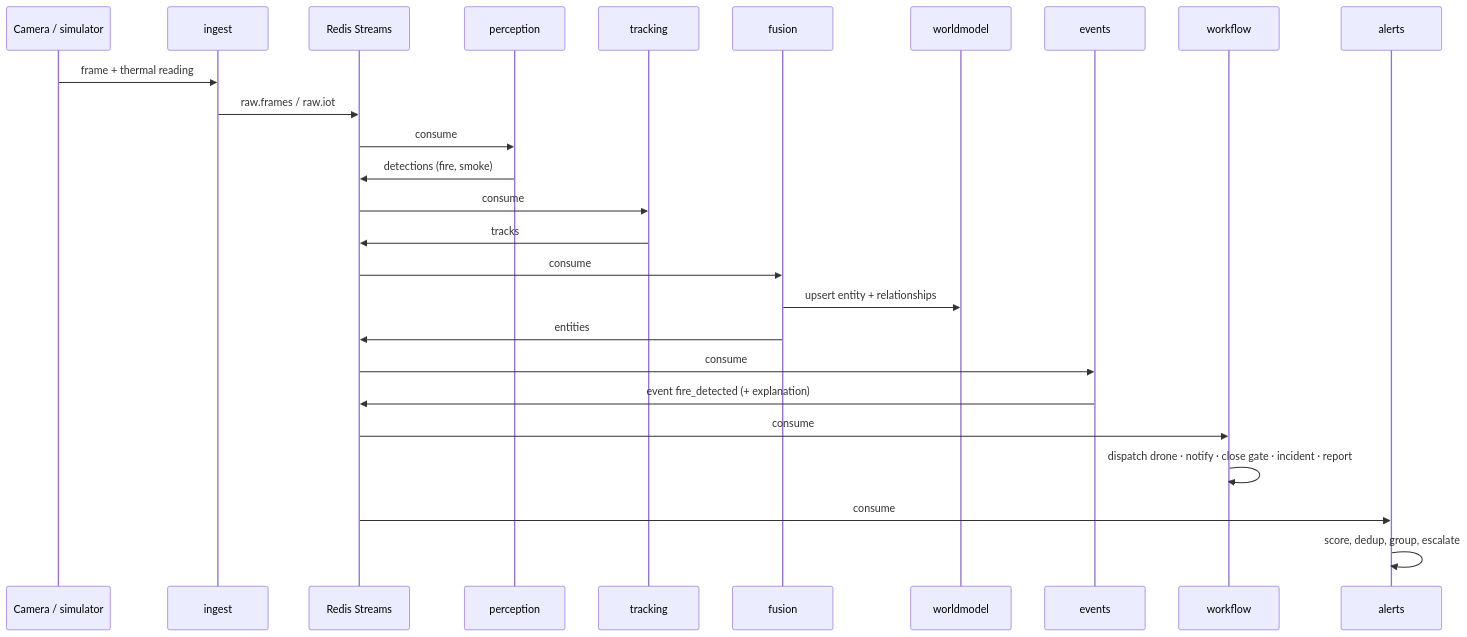
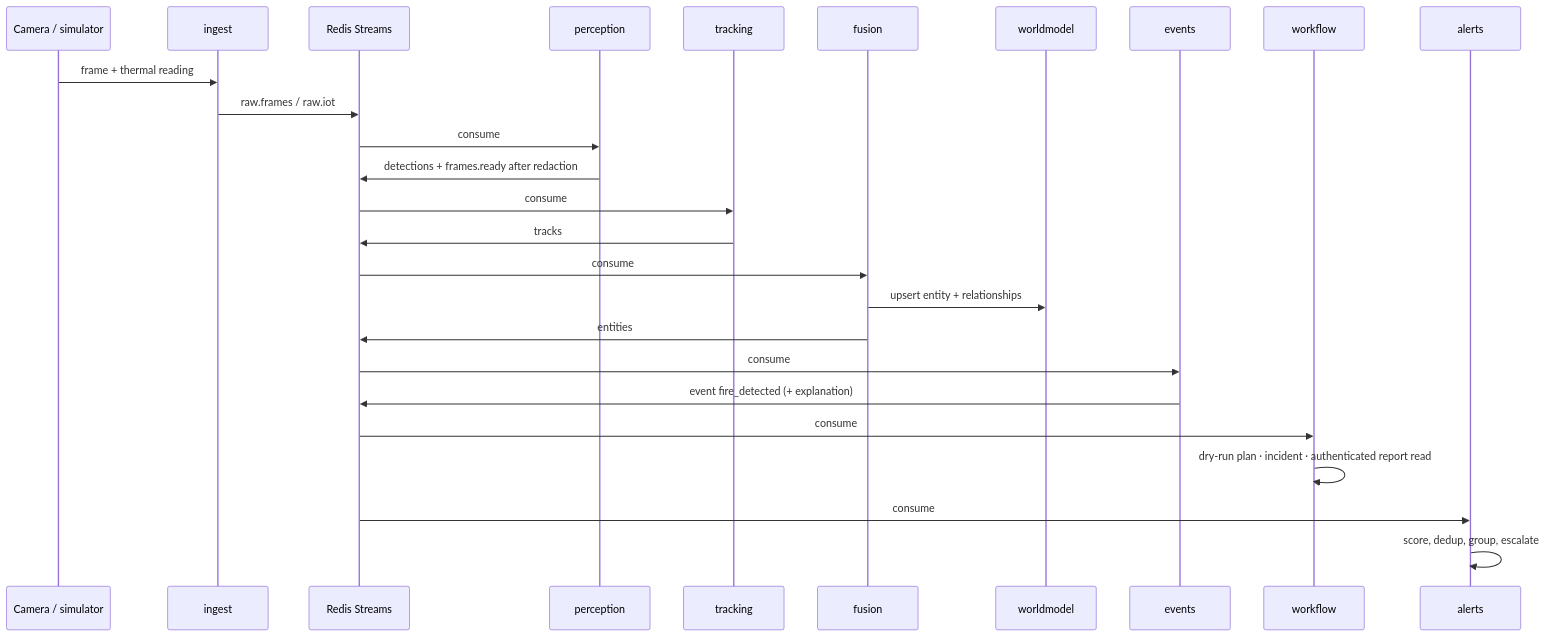
One commit to Manavp7/arc changed the second of 2 diagrams in docs/ARCHITECTURE.md. Above: the diagram before and after it, drawn with Mermaid. The commit also changed other lines of this file and 243 other files, not shown here.

````diff
--- a/docs/ARCHITECTURE.md
+++ b/docs/ARCHITECTURE.md
@@ -94,28 +95,28 @@
 ```mermaid
 sequenceDiagram
   participant Cam as Camera / simulator
   participant Ing as ingest
   participant Bus as Redis Streams
   participant Perc as perception
   participant Trk as tracking
   participant Fus as fusion
   participant WM as worldmodel
   participant Ev as events
   participant WF as workflow
   participant Al as alerts
   Cam->>Ing: frame + thermal reading
   Ing->>Bus: raw.frames / raw.iot
   Bus->>Perc: consume
-  Perc->>Bus: detections (fire, smoke)
+  Perc->>Bus: detections + frames.ready after redaction
   Bus->>Trk: consume
   Trk->>Bus: tracks
   Bus->>Fus: consume
   Fus->>WM: upsert entity + relationships
   Fus->>Bus: entities
   Bus->>Ev: consume
   Ev->>Bus: event fire_detected (+ explanation)
   Bus->>WF: consume
-  WF->>WF: dispatch drone · notify · close gate · incident · report
+  WF->>WF: dry-run plan · incident · authenticated report read
   Bus->>Al: consume
   Al->>Al: score, dedup, group, escalate
 ```
````
